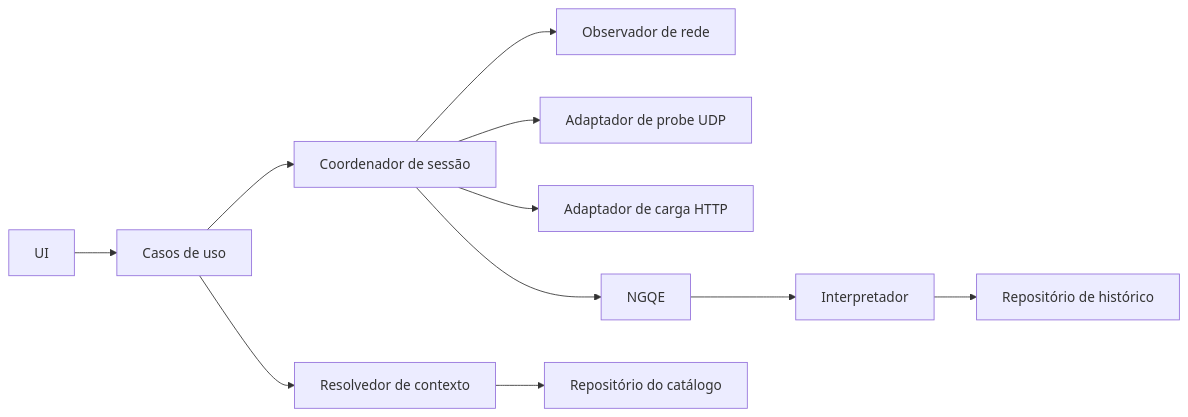
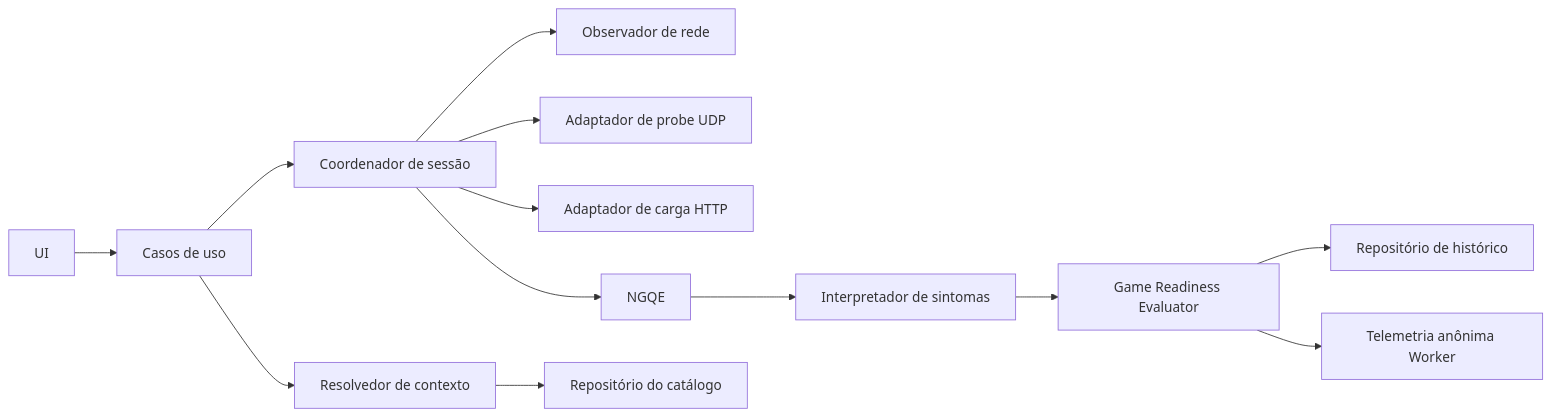
Before and after one commit to gmmattey/lagcheck: the third of 4 diagrams in docs/02-arquitetura.md, drawn with Mermaid. The commit also changed other lines of this file and 8 other files, not shown here.

````diff
--- a/docs/02-arquitetura.md
+++ b/docs/02-arquitetura.md
@@ -110,13 +115,15 @@
 ```mermaid
 flowchart LR
     UI[UI] --> USE[Casos de uso]
     USE --> CTX[Resolvedor de contexto]
     USE --> SESS[Coordenador de sessão]
     SESS --> PATH[Observador de rede]
     SESS --> PROBE[Adaptador de probe UDP]
     SESS --> LOAD[Adaptador de carga HTTP]
     SESS --> NGQE[NGQE]
     CTX --> CAT[Repositório do catálogo]
-    NGQE --> INT[Interpretador]
-    INT --> HIST[Repositório de histórico]
+    NGQE --> INT[Interpretador de sintomas]
+    INT --> RDY[Game Readiness Evaluator]
+    RDY --> HIST[Repositório de histórico]
+    RDY --> TEL[Telemetria anônima Worker]
 ```
````
